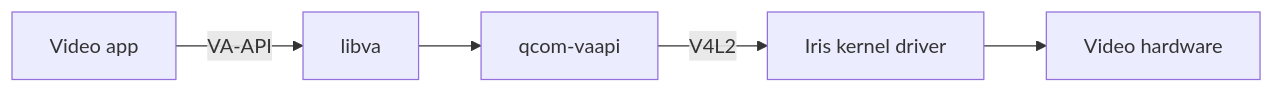
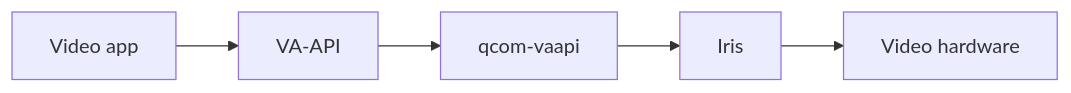
One commit to quanlou/qcom-vaapi changed the diagram in README.md. Above: the diagram before and after it, drawn with Mermaid. The commit also changed other lines of this file and 39 other files, not shown here.

````diff
--- a/README.md
+++ b/README.md
@@ -68,7 +59,7 @@
 ```mermaid
 flowchart LR
-    app[Video app] -->|VA-API| va[libva]
+    app[Video app] --> va[VA-API]
     va --> drv[qcom-vaapi]
-    drv -->|V4L2| iris[Iris kernel driver]
+    drv --> iris[Iris]
     iris --> hw[Video hardware]
 ```
````
